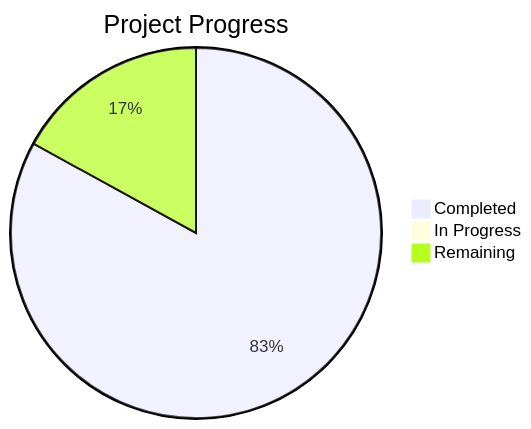
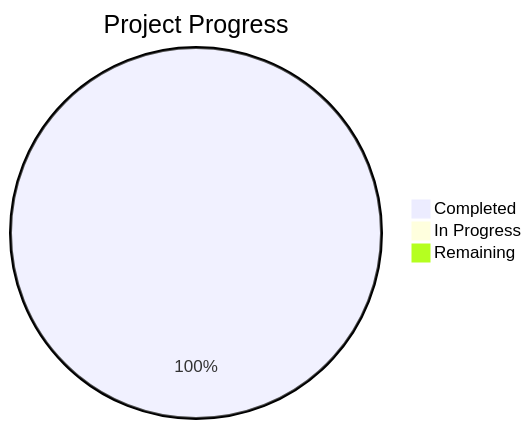
One commit to aleknitka/Predictive-Poultry-Systems changed the diagram in .planning/STATE.md. Above: the diagram before and after it, drawn with Mermaid. The commit also changed other lines of this file and 17 other files, not shown here.

````diff
--- a/.planning/STATE.md
+++ b/.planning/STATE.md
@@ -15,6 +15,6 @@
 ```mermaid
 pie title Project Progress
-    "Completed" : 83
+    "Completed" : 100
     "In Progress" : 0
-    "Remaining" : 17
+    "Remaining" : 0
 ```
````
